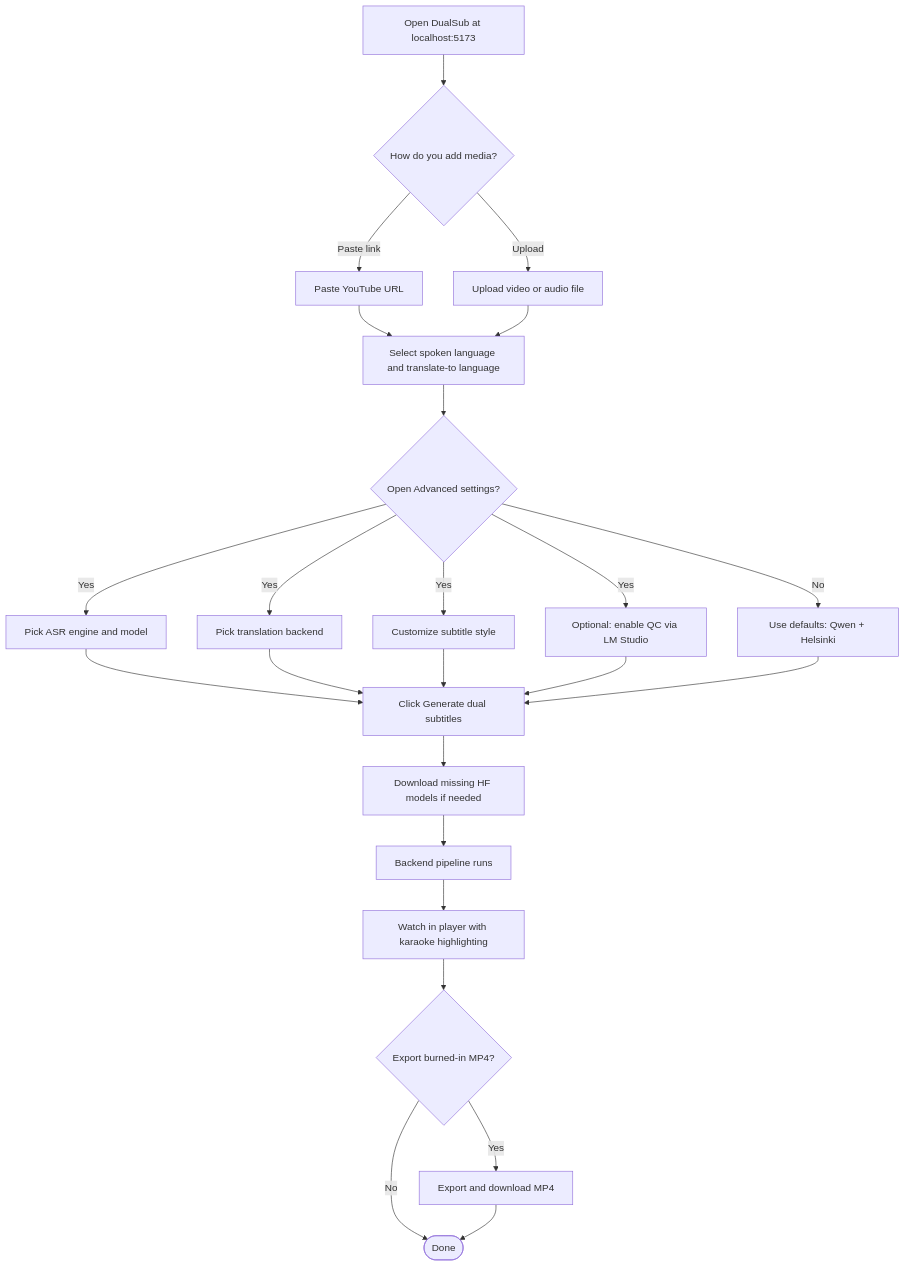
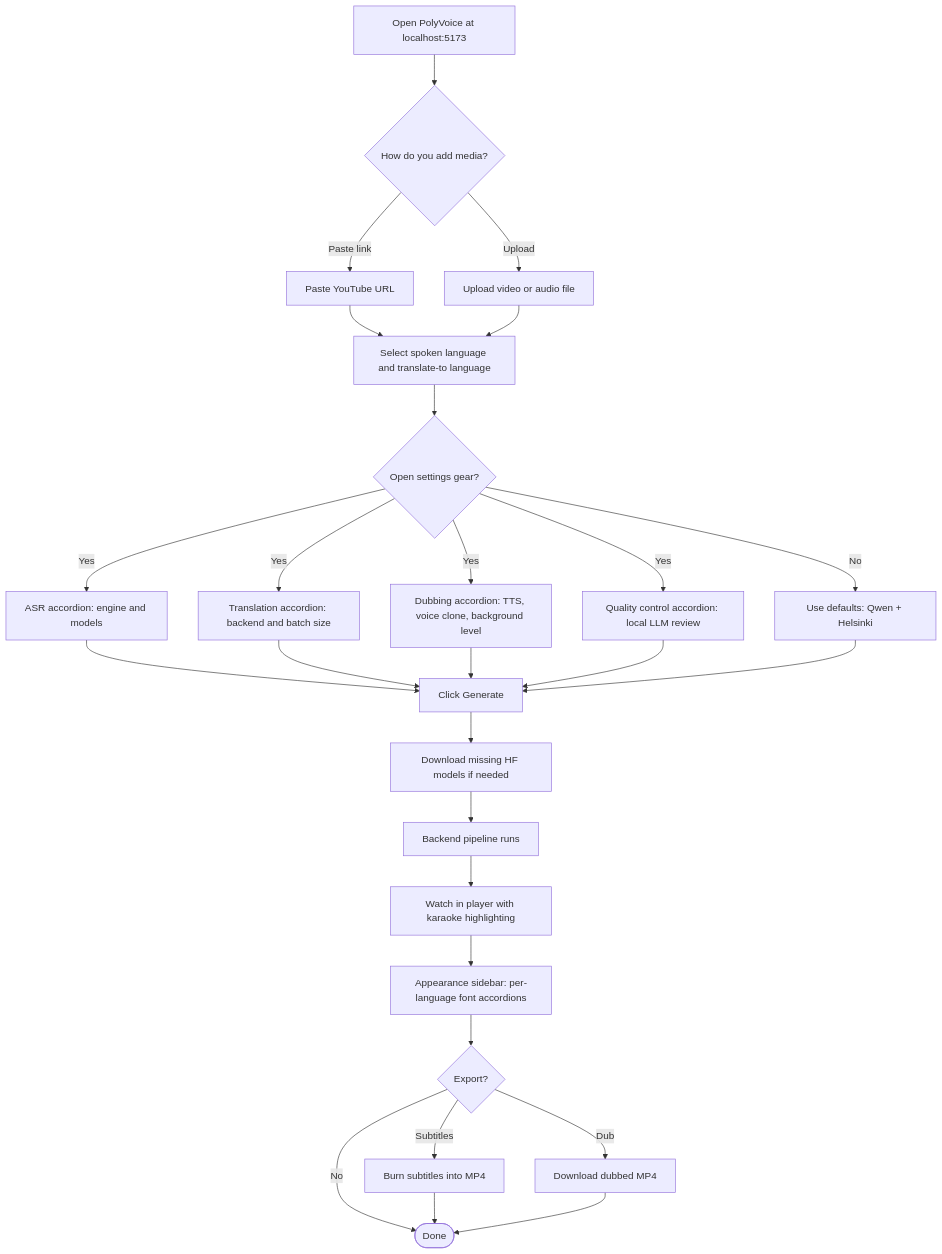
One commit to g-hano/DualSub changed the first of 2 diagrams in README.md. Above: the diagram before and after it, drawn with Mermaid. The commit also changed other lines of this file and 35 other files, not shown here.

````diff
--- a/README.md
+++ b/README.md
@@ -45,32 +46,35 @@
 ```mermaid
 flowchart TD
-    openApp[Open DualSub at localhost:5173] --> inputChoice{How do you add media?}
+    openApp[Open PolyVoice at localhost:5173] --> inputChoice{How do you add media?}
 
     inputChoice -->|Paste link| pasteUrl[Paste YouTube URL]
     inputChoice -->|Upload| uploadFile[Upload video or audio file]
 
     pasteUrl --> pickLang[Select spoken language and translate-to language]
     uploadFile --> pickLang
 
-    pickLang --> optionalAdv{Open Advanced settings?}
+    pickLang --> optionalAdv{Open settings gear?}
 
-    optionalAdv -->|Yes| pickAsr[Pick ASR engine and model]
-    optionalAdv -->|Yes| pickTrans[Pick translation backend]
-    optionalAdv -->|Yes| pickStyle[Customize subtitle style]
-    optionalAdv -->|Yes| pickQc[Optional: enable QC via LM Studio]
+    optionalAdv -->|Yes| pickAsr[ASR accordion: engine and models]
+    optionalAdv -->|Yes| pickTrans[Translation accordion: backend and batch size]
+    optionalAdv -->|Yes| pickDub[Dubbing accordion: TTS, voice clone, background level]
+    optionalAdv -->|Yes| pickQc[Quality control accordion: local LLM review]
     optionalAdv -->|No| useDefaults[Use defaults: Qwen + Helsinki]
 
     pickAsr --> generate
     pickTrans --> generate
-    pickStyle --> generate
+    pickDub --> generate
     pickQc --> generate
-    useDefaults --> generate[Click Generate dual subtitles]
+    useDefaults --> generate[Click Generate]
 
     generate --> ensureModels[Download missing HF models if needed]
     ensureModels --> pipelineRuns[Backend pipeline runs]
     pipelineRuns --> watch[Watch in player with karaoke highlighting]
-    watch --> exportChoice{Export burned-in MP4?}
-    exportChoice -->|Yes| burnIn[Export and download MP4]
+    watch --> styleSidebar[Appearance sidebar: per-language font accordions]
+    styleSidebar --> exportChoice{Export?}
+    exportChoice -->|Subtitles| burnIn[Burn subtitles into MP4]
+    exportChoice -->|Dub| dubMp4[Download dubbed MP4]
     exportChoice -->|No| done([Done])
     burnIn --> done
+    dubMp4 --> done
 ```
````
